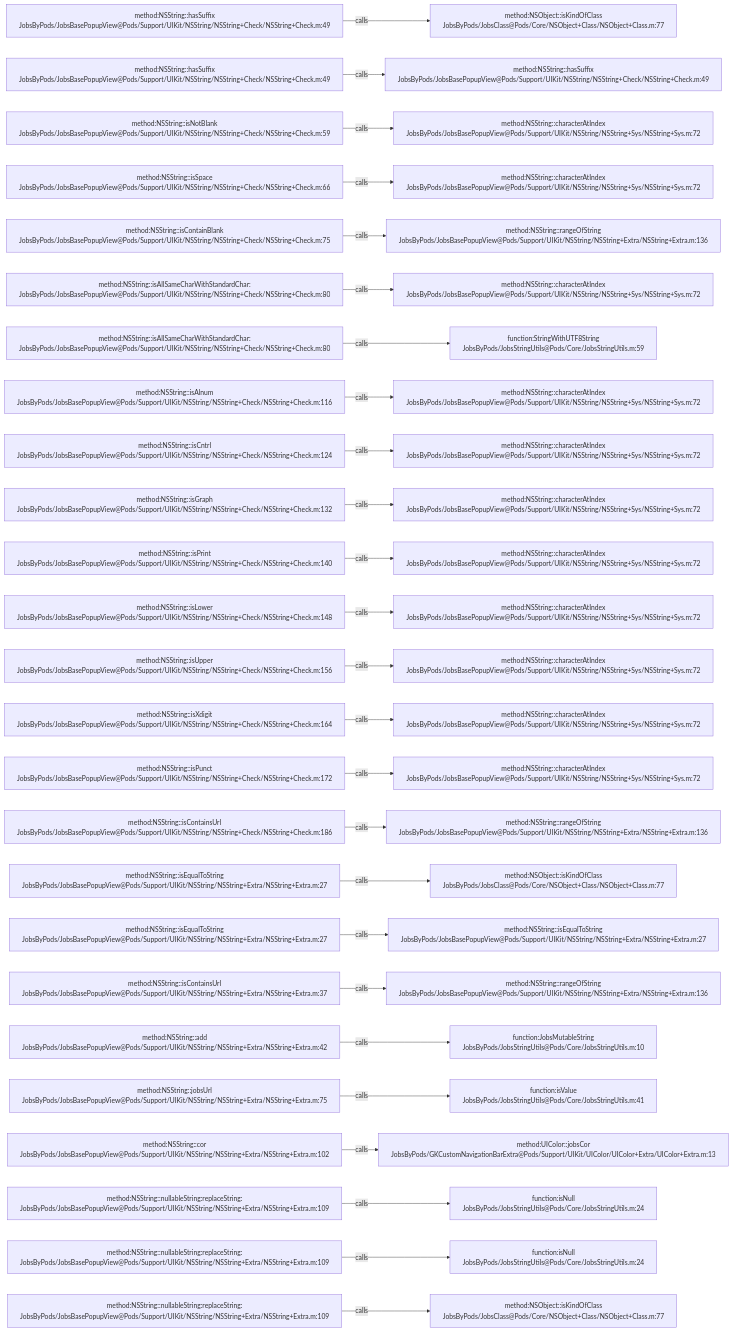
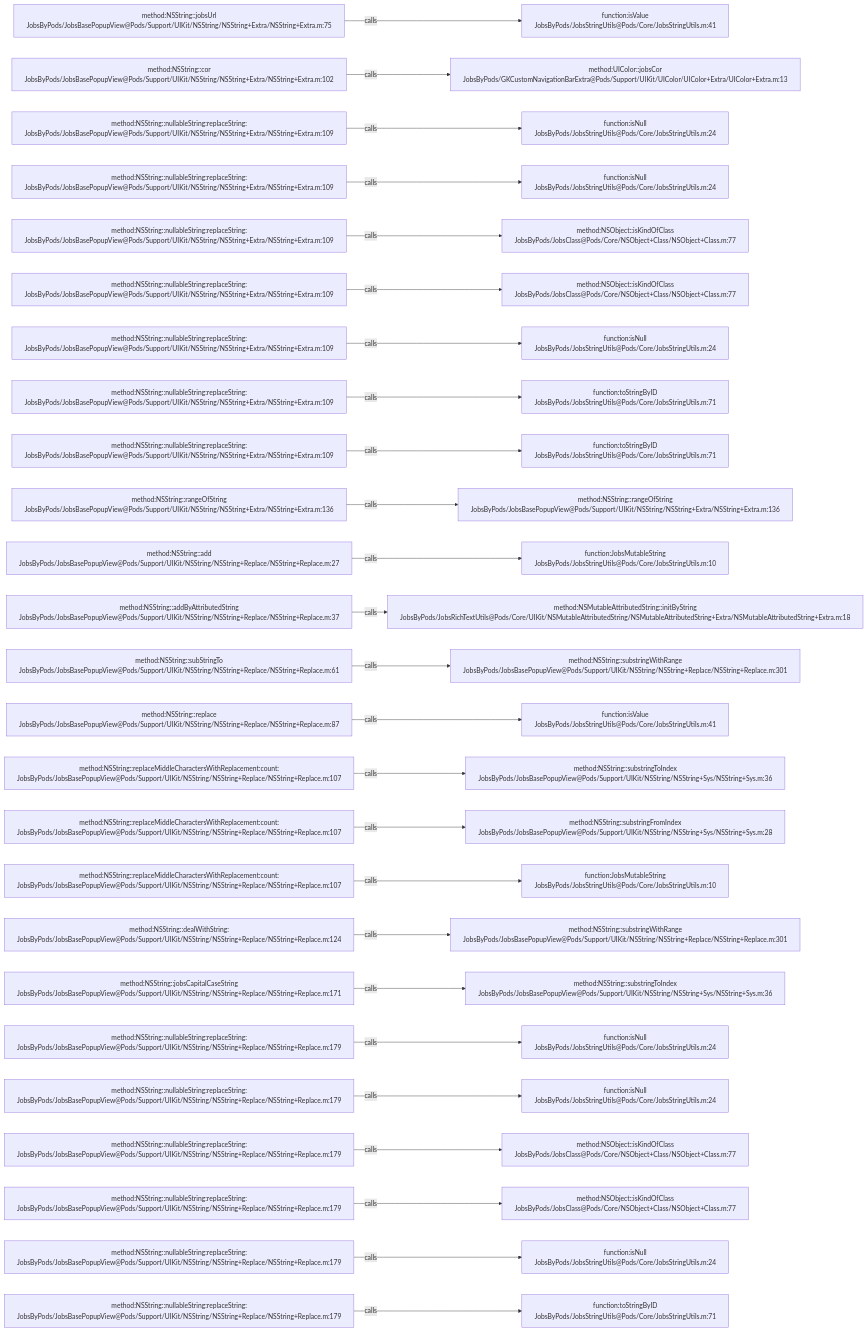
Before and after one commit to JobsKits/JobsOCBaseConfigDemo: the diagram in .codegraph/codegraph.md/graphs/calls-020.md, drawn with Mermaid. The commit also changed 639 other files, not shown here.

````diff
--- a/.codegraph/codegraph.md/graphs/calls-020.md
+++ b/.codegraph/codegraph.md/graphs/calls-020.md
@@ -13,78 +13,78 @@
 ```mermaid
 flowchart LR
-  S1["method:NSString::hasSuffix<br/>JobsByPods/JobsBasePopupView@Pods/Support/UIKit/NSString/NSString+Check/NSString+Check.m:49"]
-  T1["method:NSObject::isKindOfClass<br/>JobsByPods/JobsClass@Pods/Core/NSObject+Class/NSObject+Class.m:77"]
+  S1["method:NSString::jobsUrl<br/>JobsByPods/JobsBasePopupView@Pods/Support/UIKit/NSString/NSString+Extra/NSString+Extra.m:75"]
+  T1["function:isValue<br/>JobsByPods/JobsStringUtils@Pods/Core/JobsStringUtils.m:41"]
   S1 -->|calls| T1
-  S2["method:NSString::hasSuffix<br/>JobsByPods/JobsBasePopupView@Pods/Support/UIKit/NSString/NSString+Check/NSString+Check.m:49"]
-  T2["method:NSString::hasSuffix<br/>JobsByPods/JobsBasePopupView@Pods/Support/UIKit/NSString/NSString+Check/NSString+Check.m:49"]
+  S2["method:NSString::cor<br/>JobsByPods/JobsBasePopupView@Pods/Support/UIKit/NSString/NSString+Extra/NSString+Extra.m:102"]
+  T2["method:UIColor::jobsCor<br/>JobsByPods/GKCustomNavigationBarExtra@Pods/Support/UIKit/UIColor/UIColor+Extra/UIColor+Extra.m:13"]
   S2 -->|calls| T2
-  S3["method:NSString::isNotBlank<br/>JobsByPods/JobsBasePopupView@Pods/Support/UIKit/NSString/NSString+Check/NSString+Check.m:59"]
-  T3["method:NSString::characterAtIndex<br/>JobsByPods/JobsBasePopupView@Pods/Support/UIKit/NSString/NSString+Sys/NSString+Sys.m:72"]
+  S3["method:NSString::nullableString:replaceString:<br/>JobsByPods/JobsBasePopupView@Pods/Support/UIKit/NSString/NSString+Extra/NSString+Extra.m:109"]
+  T3["function:isNull<br/>JobsByPods/JobsStringUtils@Pods/Core/JobsStringUtils.m:24"]
   S3 -->|calls| T3
-  S4["method:NSString::isSpace<br/>JobsByPods/JobsBasePopupView@Pods/Support/UIKit/NSString/NSString+Check/NSString+Check.m:66"]
-  T4["method:NSString::characterAtIndex<br/>JobsByPods/JobsBasePopupView@Pods/Support/UIKit/NSString/NSString+Sys/NSString+Sys.m:72"]
+  S4["method:NSString::nullableString:replaceString:<br/>JobsByPods/JobsBasePopupView@Pods/Support/UIKit/NSString/NSString+Extra/NSString+Extra.m:109"]
+  T4["function:isNull<br/>JobsByPods/JobsStringUtils@Pods/Core/JobsStringUtils.m:24"]
   S4 -->|calls| T4
-  S5["method:NSString::isContainBlank<br/>JobsByPods/JobsBasePopupView@Pods/Support/UIKit/NSString/NSString+Check/NSString+Check.m:75"]
-  T5["method:NSString::rangeOfString<br/>JobsByPods/JobsBasePopupView@Pods/Support/UIKit/NSString/NSString+Extra/NSString+Extra.m:136"]
+  S5["method:NSString::nullableString:replaceString:<br/>JobsByPods/JobsBasePopupView@Pods/Support/UIKit/NSString/NSString+Extra/NSString+Extra.m:109"]
+  T5["method:NSObject::isKindOfClass<br/>JobsByPods/JobsClass@Pods/Core/NSObject+Class/NSObject+Class.m:77"]
   S5 -->|calls| T5
-  S6["method:NSString::isAllSameCharWithStandardChar:<br/>JobsByPods/JobsBasePopupView@Pods/Support/UIKit/NSString/NSString+Check/NSString+Check.m:80"]
-  T6["method:NSString::characterAtIndex<br/>JobsByPods/JobsBasePopupView@Pods/Support/UIKit/NSString/NSString+Sys/NSString+Sys.m:72"]
+  S6["method:NSString::nullableString:replaceString:<br/>JobsByPods/JobsBasePopupView@Pods/Support/UIKit/NSString/NSString+Extra/NSString+Extra.m:109"]
+  T6["method:NSObject::isKindOfClass<br/>JobsByPods/JobsClass@Pods/Core/NSObject+Class/NSObject+Class.m:77"]
   S6 -->|calls| T6
-  S7["method:NSString::isAllSameCharWithStandardChar:<br/>JobsByPods/JobsBasePopupView@Pods/Support/UIKit/NSString/NSString+Check/NSString+Check.m:80"]
-  T7["function:StringWithUTF8String<br/>JobsByPods/JobsStringUtils@Pods/Core/JobsStringUtils.m:59"]
+  S7["method:NSString::nullableString:replaceString:<br/>JobsByPods/JobsBasePopupView@Pods/Support/UIKit/NSString/NSString+Extra/NSString+Extra.m:109"]
+  T7["function:isNull<br/>JobsByPods/JobsStringUtils@Pods/Core/JobsStringUtils.m:24"]
   S7 -->|calls| T7
-  S8["method:NSString::isAlnum<br/>JobsByPods/JobsBasePopupView@Pods/Support/UIKit/NSString/NSString+Check/NSString+Check.m:116"]
-  T8["method:NSString::characterAtIndex<br/>JobsByPods/JobsBasePopupView@Pods/Support/UIKit/NSString/NSString+Sys/NSString+Sys.m:72"]
+  S8["method:NSString::nullableString:replaceString:<br/>JobsByPods/JobsBasePopupView@Pods/Support/UIKit/NSString/NSString+Extra/NSString+Extra.m:109"]
+  T8["function:toStringByID<br/>JobsByPods/JobsStringUtils@Pods/Core/JobsStringUtils.m:71"]
   S8 -->|calls| T8
-  S9["method:NSString::isCntrl<br/>JobsByPods/JobsBasePopupView@Pods/Support/UIKit/NSString/NSString+Check/NSString+Check.m:124"]
-  T9["method:NSString::characterAtIndex<br/>JobsByPods/JobsBasePopupView@Pods/Support/UIKit/NSString/NSString+Sys/NSString+Sys.m:72"]
+  S9["method:NSString::nullableString:replaceString:<br/>JobsByPods/JobsBasePopupView@Pods/Support/UIKit/NSString/NSString+Extra/NSString+Extra.m:109"]
+  T9["function:toStringByID<br/>JobsByPods/JobsStringUtils@Pods/Core/JobsStringUtils.m:71"]
   S9 -->|calls| T9
-  S10["method:NSString::isGraph<br/>JobsByPods/JobsBasePopupView@Pods/Support/UIKit/NSString/NSString+Check/NSString+Check.m:132"]
-  T10["method:NSString::characterAtIndex<br/>JobsByPods/JobsBasePopupView@Pods/Support/UIKit/NSString/NSString+Sys/NSString+Sys.m:72"]
+  S10["method:NSString::rangeOfString<br/>JobsByPods/JobsBasePopupView@Pods/Support/UIKit/NSString/NSString+Extra/NSString+Extra.m:136"]
+  T10["method:NSString::rangeOfString<br/>JobsByPods/JobsBasePopupView@Pods/Support/UIKit/NSString/NSString+Extra/NSString+Extra.m:136"]
   S10 -->|calls| T10
-  S11["method:NSString::isPrint<br/>JobsByPods/JobsBasePopupView@Pods/Support/UIKit/NSString/NSString+Check/NSString+Check.m:140"]
-  T11["method:NSString::characterAtIndex<br/>JobsByPods/JobsBasePopupView@Pods/Support/UIKit/NSString/NSString+Sys/NSString+Sys.m:72"]
+  S11["method:NSString::add<br/>JobsByPods/JobsBasePopupView@Pods/Support/UIKit/NSString/NSString+Replace/NSString+Replace.m:27"]
+  T11["function:JobsMutableString<br/>JobsByPods/JobsStringUtils@Pods/Core/JobsStringUtils.m:10"]
   S11 -->|calls| T11
-  S12["method:NSString::isLower<br/>JobsByPods/JobsBasePopupView@Pods/Support/UIKit/NSString/NSString+Check/NSString+Check.m:148"]
-  T12["method:NSString::characterAtIndex<br/>JobsByPods/JobsBasePopupView@Pods/Support/UIKit/NSString/NSString+Sys/NSString+Sys.m:72"]
+  S12["method:NSString::addByAttributedString<br/>JobsByPods/JobsBasePopupView@Pods/Support/UIKit/NSString/NSString+Replace/NSString+Replace.m:37"]
+  T12["method:NSMutableAttributedString::initByString<br/>JobsByPods/JobsRichTextUtils@Pods/Core/UIKit/NSMutableAttributedString/NSMutableAttributedString+Extra/NSMutableAttributedString+Extra.m:18"]
   S12 -->|calls| T12
-  S13["method:NSString::isUpper<br/>JobsByPods/JobsBasePopupView@Pods/Support/UIKit/NSString/NSString+Check/NSString+Check.m:156"]
-  T13["method:NSString::characterAtIndex<br/>JobsByPods/JobsBasePopupView@Pods/Support/UIKit/NSString/NSString+Sys/NSString+Sys.m:72"]
+  S13["method:NSString::subStringTo<br/>JobsByPods/JobsBasePopupView@Pods/Support/UIKit/NSString/NSString+Replace/NSString+Replace.m:61"]
+  T13["method:NSString::substringWithRange<br/>JobsByPods/JobsBasePopupView@Pods/Support/UIKit/NSString/NSString+Replace/NSString+Replace.m:301"]
   S13 -->|calls| T13
-  S14["method:NSString::isXdigit<br/>JobsByPods/JobsBasePopupView@Pods/Support/UIKit/NSString/NSString+Check/NSString+Check.m:164"]
-  T14["method:NSString::characterAtIndex<br/>JobsByPods/JobsBasePopupView@Pods/Support/UIKit/NSString/NSString+Sys/NSString+Sys.m:72"]
+  S14["method:NSString::replace<br/>JobsByPods/JobsBasePopupView@Pods/Support/UIKit/NSString/NSString+Replace/NSString+Replace.m:87"]
+  T14["function:isValue<br/>JobsByPods/JobsStringUtils@Pods/Core/JobsStringUtils.m:41"]
   S14 -->|calls| T14
-  S15["method:NSString::isPunct<br/>JobsByPods/JobsBasePopupView@Pods/Support/UIKit/NSString/NSString+Check/NSString+Check.m:172"]
-  T15["method:NSString::characterAtIndex<br/>JobsByPods/JobsBasePopupView@Pods/Support/UIKit/NSString/NSString+Sys/NSString+Sys.m:72"]
+  S15["method:NSString::replaceMiddleCharactersWithReplacement:count:<br/>JobsByPods/JobsBasePopupView@Pods/Support/UIKit/NSString/NSString+Replace/NSString+Replace.m:107"]
+  T15["method:NSString::substringToIndex<br/>JobsByPods/JobsBasePopupView@Pods/Support/UIKit/NSString/NSString+Sys/NSString+Sys.m:36"]
   S15 -->|calls| T15
-  S16["method:NSString::isContainsUrl<br/>JobsByPods/JobsBasePopupView@Pods/Support/UIKit/NSString/NSString+Check/NSString+Check.m:186"]
-  T16["method:NSString::rangeOfString<br/>JobsByPods/JobsBasePopupView@Pods/Support/UIKit/NSString/NSString+Extra/NSString+Extra.m:136"]
+  S16["method:NSString::replaceMiddleCharactersWithReplacement:count:<br/>JobsByPods/JobsBasePopupView@Pods/Support/UIKit/NSString/NSString+Replace/NSString+Replace.m:107"]
+  T16["method:NSString::substringFromIndex<br/>JobsByPods/JobsBasePopupView@Pods/Support/UIKit/NSString/NSString+Sys/NSString+Sys.m:28"]
   S16 -->|calls| T16
-  S17["method:NSString::isEqualToString<br/>JobsByPods/JobsBasePopupView@Pods/Support/UIKit/NSString/NSString+Extra/NSString+Extra.m:27"]
-  T17["method:NSObject::isKindOfClass<br/>JobsByPods/JobsClass@Pods/Core/NSObject+Class/NSObject+Class.m:77"]
+  S17["method:NSString::replaceMiddleCharactersWithReplacement:count:<br/>JobsByPods/JobsBasePopupView@Pods/Support/UIKit/NSString/NSString+Replace/NSString+Replace.m:107"]
+  T17["function:JobsMutableString<br/>JobsByPods/JobsStringUtils@Pods/Core/JobsStringUtils.m:10"]
   S17 -->|calls| T17
-  S18["method:NSString::isEqualToString<br/>JobsByPods/JobsBasePopupView@Pods/Support/UIKit/NSString/NSString+Extra/NSString+Extra.m:27"]
-  T18["method:NSString::isEqualToString<br/>JobsByPods/JobsBasePopupView@Pods/Support/UIKit/NSString/NSString+Extra/NSString+Extra.m:27"]
+  S18["method:NSString::dealWithString:<br/>JobsByPods/JobsBasePopupView@Pods/Support/UIKit/NSString/NSString+Replace/NSString+Replace.m:124"]
+  T18["method:NSString::substringWithRange<br/>JobsByPods/JobsBasePopupView@Pods/Support/UIKit/NSString/NSString+Replace/NSString+Replace.m:301"]
   S18 -->|calls| T18
-  S19["method:NSString::isContainsUrl<br/>JobsByPods/JobsBasePopupView@Pods/Support/UIKit/NSString/NSString+Extra/NSString+Extra.m:37"]
-  T19["method:NSString::rangeOfString<br/>JobsByPods/JobsBasePopupView@Pods/Support/UIKit/NSString/NSString+Extra/NSString+Extra.m:136"]
+  S19["method:NSString::jobsCapitalCaseString<br/>JobsByPods/JobsBasePopupView@Pods/Support/UIKit/NSString/NSString+Replace/NSString+Replace.m:171"]
+  T19["method:NSString::substringToIndex<br/>JobsByPods/JobsBasePopupView@Pods/Support/UIKit/NSString/NSString+Sys/NSString+Sys.m:36"]
   S19 -->|calls| T19
-  S20["method:NSString::add<br/>JobsByPods/JobsBasePopupView@Pods/Support/UIKit/NSString/NSString+Extra/NSString+Extra.m:42"]
-  T20["function:JobsMutableString<br/>JobsByPods/JobsStringUtils@Pods/Core/JobsStringUtils.m:10"]
+  S20["method:NSString::nullableString:replaceString:<br/>JobsByPods/JobsBasePopupView@Pods/Support/UIKit/NSString/NSString+Replace/NSString+Replace.m:179"]
+  T20["function:isNull<br/>JobsByPods/JobsStringUtils@Pods/Core/JobsStringUtils.m:24"]
   S20 -->|calls| T20
-  S21["method:NSString::jobsUrl<br/>JobsByPods/JobsBasePopupView@Pods/Support/UIKit/NSString/NSString+Extra/NSString+Extra.m:75"]
-  T21["function:isValue<br/>JobsByPods/JobsStringUtils@Pods/Core/JobsStringUtils.m:41"]
+  S21["method:NSString::nullableString:replaceString:<br/>JobsByPods/JobsBasePopupView@Pods/Support/UIKit/NSString/NSString+Replace/NSString+Replace.m:179"]
+  T21["function:isNull<br/>JobsByPods/JobsStringUtils@Pods/Core/JobsStringUtils.m:24"]
   S21 -->|calls| T21
-  S22["method:NSString::cor<br/>JobsByPods/JobsBasePopupView@Pods/Support/UIKit/NSString/NSString+Extra/NSString+Extra.m:102"]
-  T22["method:UIColor::jobsCor<br/>JobsByPods/GKCustomNavigationBarExtra@Pods/Support/UIKit/UIColor/UIColor+Extra/UIColor+Extra.m:13"]
+  S22["method:NSString::nullableString:replaceString:<br/>JobsByPods/JobsBasePopupView@Pods/Support/UIKit/NSString/NSString+Replace/NSString+Replace.m:179"]
+  T22["method:NSObject::isKindOfClass<br/>JobsByPods/JobsClass@Pods/Core/NSObject+Class/NSObject+Class.m:77"]
   S22 -->|calls| T22
-  S23["method:NSString::nullableString:replaceString:<br/>JobsByPods/JobsBasePopupView@Pods/Support/UIKit/NSString/NSString+Extra/NSString+Extra.m:109"]
-  T23["function:isNull<br/>JobsByPods/JobsStringUtils@Pods/Core/JobsStringUtils.m:24"]
+  S23["method:NSString::nullableString:replaceString:<br/>JobsByPods/JobsBasePopupView@Pods/Support/UIKit/NSString/NSString+Replace/NSString+Replace.m:179"]
+  T23["method:NSObject::isKindOfClass<br/>JobsByPods/JobsClass@Pods/Core/NSObject+Class/NSObject+Class.m:77"]
   S23 -->|calls| T23
-  S24["method:NSString::nullableString:replaceString:<br/>JobsByPods/JobsBasePopupView@Pods/Support/UIKit/NSString/NSString+Extra/NSString+Extra.m:109"]
+  S24["method:NSString::nullableString:replaceString:<br/>JobsByPods/JobsBasePopupView@Pods/Support/UIKit/NSString/NSString+Replace/NSString+Replace.m:179"]
   T24["function:isNull<br/>JobsByPods/JobsStringUtils@Pods/Core/JobsStringUtils.m:24"]
   S24 -->|calls| T24
-  S25["method:NSString::nullableString:replaceString:<br/>JobsByPods/JobsBasePopupView@Pods/Support/UIKit/NSString/NSString+Extra/NSString+Extra.m:109"]
-  T25["method:NSObject::isKindOfClass<br/>JobsByPods/JobsClass@Pods/Core/NSObject+Class/NSObject+Class.m:77"]
+  S25["method:NSString::nullableString:replaceString:<br/>JobsByPods/JobsBasePopupView@Pods/Support/UIKit/NSString/NSString+Replace/NSString+Replace.m:179"]
+  T25["function:toStringByID<br/>JobsByPods/JobsStringUtils@Pods/Core/JobsStringUtils.m:71"]
   S25 -->|calls| T25
 ```
````
